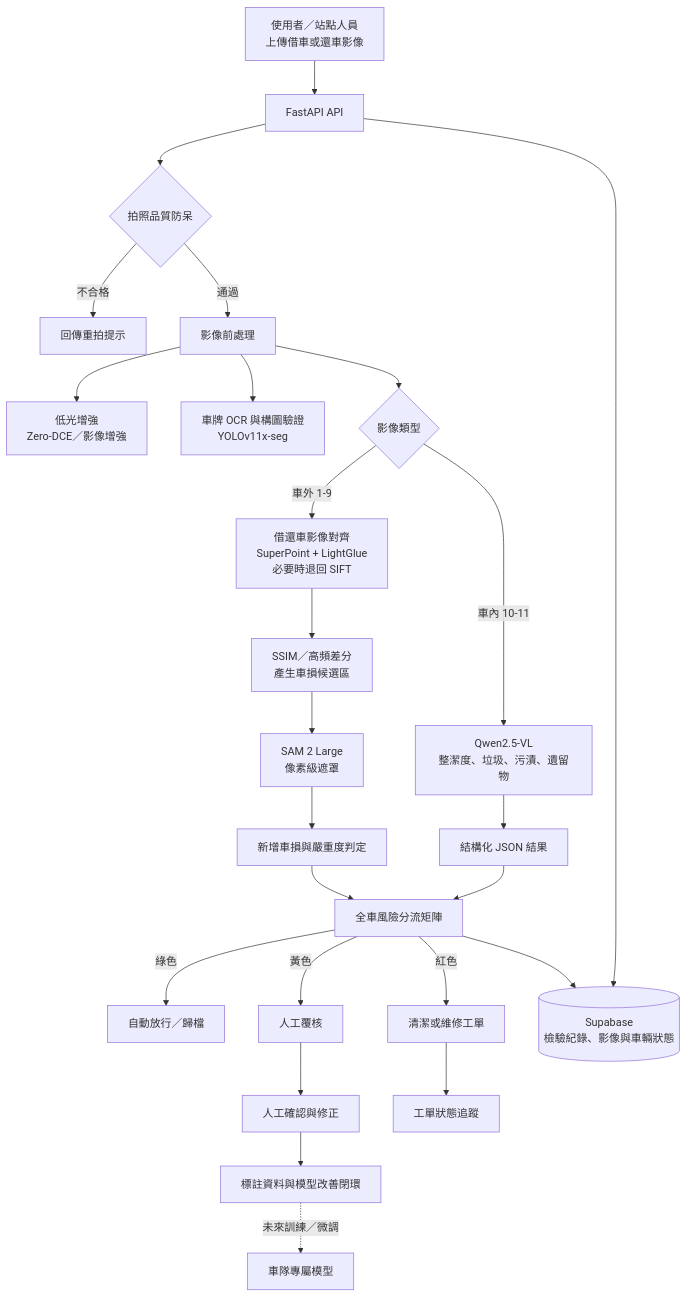
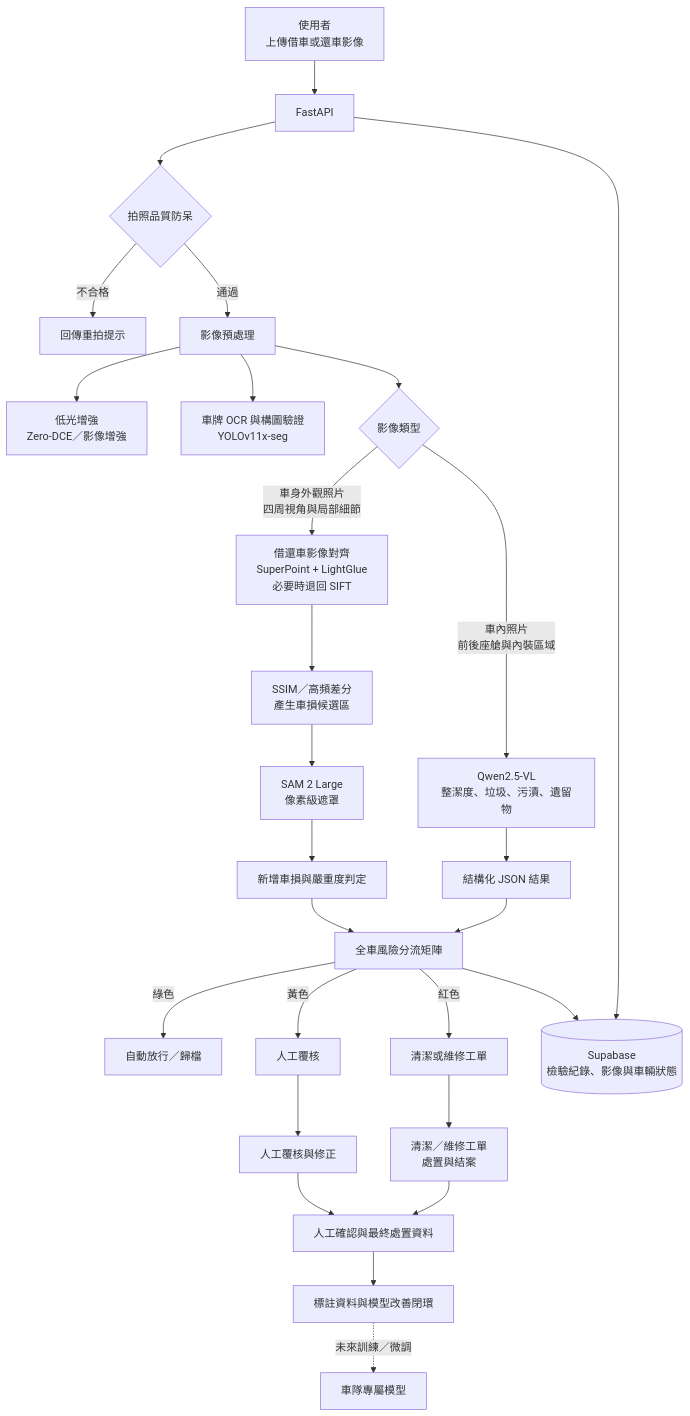
The diagram in README.md (happy123903/iGuard-Platform), drawn with Mermaid before and after one commit.

Commit message:
fix: 更新流程架構圖，修正文字描述與流程細節

````diff
--- a/README.md
+++ b/README.md
@@ -90,33 +90,35 @@
 ```mermaid
 flowchart TD
-    A[使用者／站點人員<br/>上傳借車或還車影像] --> B[FastAPI API]
+    A[使用者<br/>上傳借車或還車影像] --> B[FastAPI]
 
     B --> C{拍照品質防呆}
     C -->|不合格| D[回傳重拍提示]
-    C -->|通過| E[影像前處理]
+    C -->|通過| E[影像預處理]
 
     E --> E1[低光增強<br/>Zero-DCE／影像增強]
     E --> E2[車牌 OCR 與構圖驗證<br/>YOLOv11x-seg]
     E --> E3{影像類型}
 
-    E3 -->|車外 1-9| F[借還車影像對齊<br/>SuperPoint + LightGlue<br/>必要時退回 SIFT]
+    E3 -->|車身外觀照片<br/>四周視角與局部細節| F[借還車影像對齊<br/>SuperPoint + LightGlue<br/>必要時退回 SIFT]
     F --> G[SSIM／高頻差分<br/>產生車損候選區]
     G --> H[SAM 2 Large<br/>像素級遮罩]
     H --> I[新增車損與嚴重度判定]
 
-    E3 -->|車內 10-11| J[Qwen2.5-VL<br/>整潔度、垃圾、污漬、遺留物]
+    E3 -->|車內照片<br/>前後座艙與內裝區域| J[Qwen2.5-VL<br/>整潔度、垃圾、污漬、遺留物]
     J --> K[結構化 JSON 結果]
 
     I --> L[全車風險分流矩陣]
     K --> L
     L -->|綠色| M[自動放行／歸檔]
     L -->|黃色| N[人工覆核]
     L -->|紅色| O[清潔或維修工單]
 
     B --> P[(Supabase<br/>檢驗紀錄、影像與車輛狀態)]
     L --> P
-    N --> Q[人工確認與修正]
-    O --> R[工單狀態追蹤]
-    Q --> S[標註資料與模型改善閉環]
+    N --> Q[人工覆核與修正]
+    O --> R[清潔／維修工單<br/>處置與結案]
+    Q --> U[人工確認與最終處置資料]
+    R --> U
+    U --> S[標註資料與模型改善閉環]
     S -.未來訓練／微調.-> T[車隊專屬模型]
 ```
````
